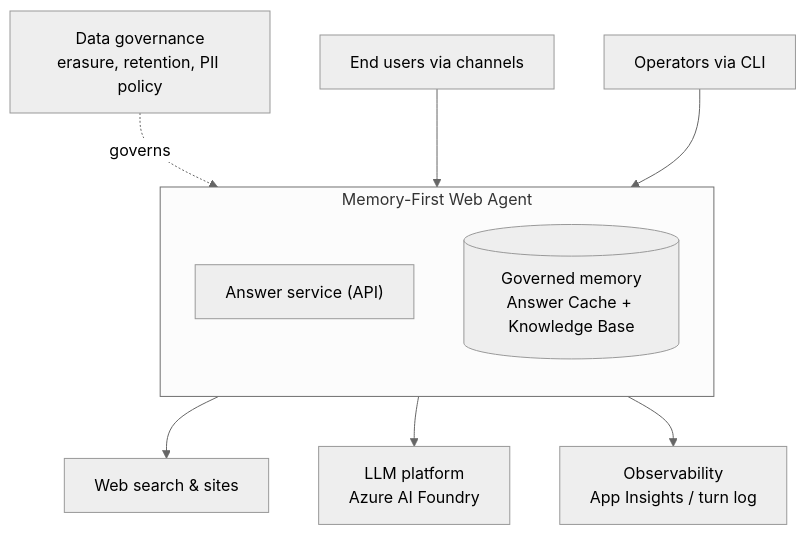
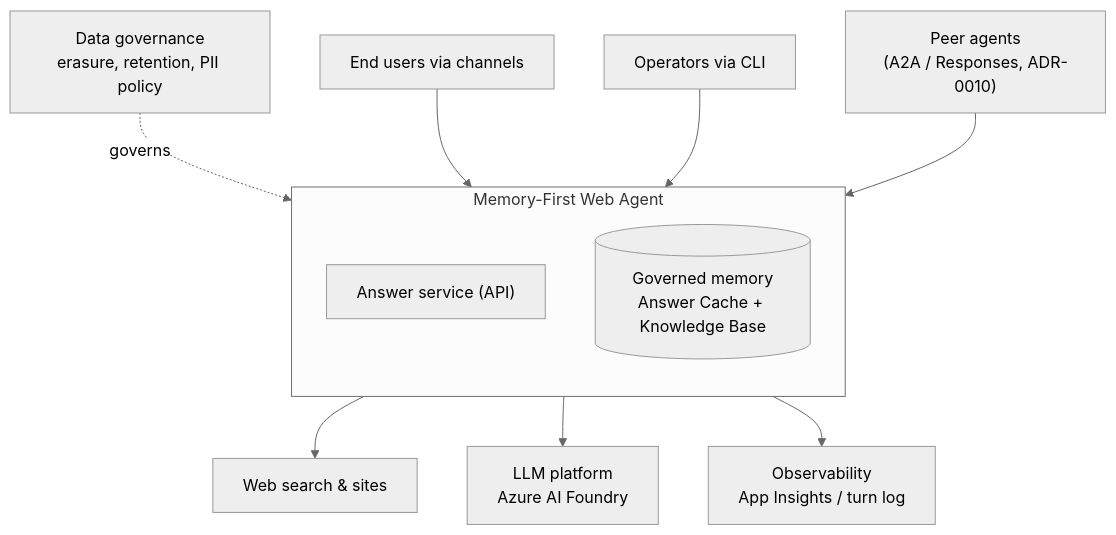
One commit to vadjs/memory-first-agent changed the first of 3 diagrams in docs/SAD.md. Above: the diagram before and after it, drawn with Mermaid (neutral theme). The commit also changed 5 other files, not shown here.

````diff
--- a/docs/SAD.md
+++ b/docs/SAD.md
@@ -13,14 +13,15 @@
 ```mermaid
 flowchart TB
     U1[End users via channels] --> A
     U2[Operators via CLI] --> A
+    U3["Peer agents\n(A2A / Responses, ADR-0010)"] --> A
     subgraph A["Memory-First Web Agent"]
         direction TB
         S["Answer service (API)"]
         M[("Governed memory\nAnswer Cache + Knowledge Base")]
     end
     A --> W[Web search & sites]
     A --> L[LLM platform\nAzure AI Foundry]
     A --> O[Observability\nApp Insights / turn log]
     G[Data governance\nerasure, retention, PII policy] -.governs.-> M
 ```
````
